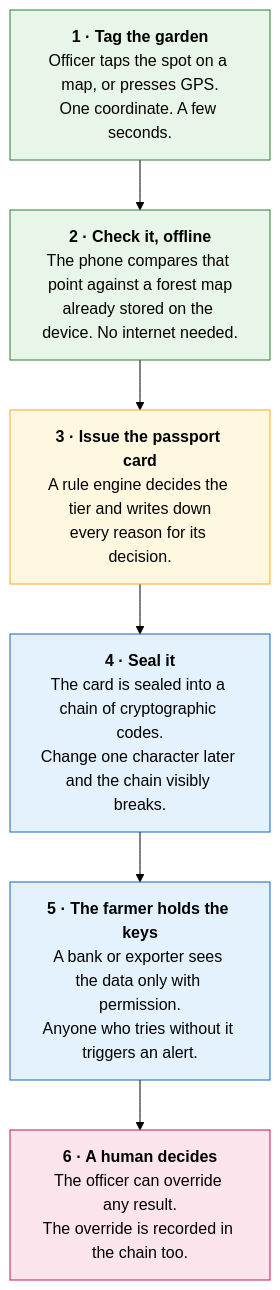
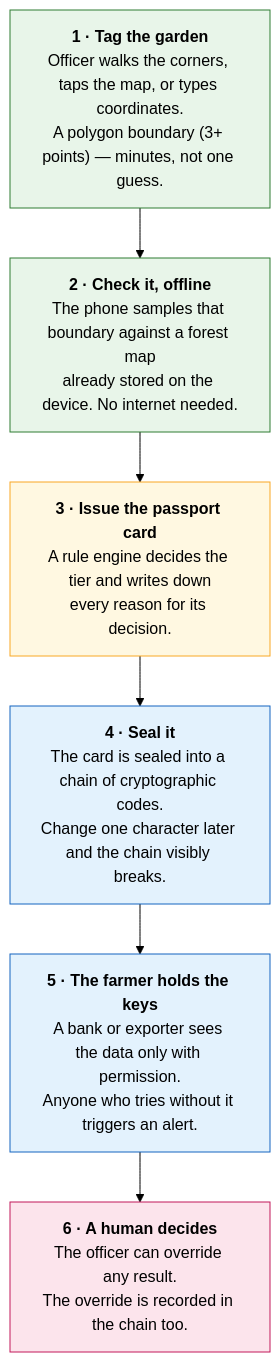
One commit to codezeros18/MALUMALU changed the first of 2 diagrams in README.md. Above: the diagram before and after it, drawn with Mermaid (forest theme). The commit also changed other lines of this file and 5 other files, not shown here.

````diff
--- a/README.md
+++ b/README.md
@@ -32,18 +32,18 @@
 ```mermaid
 flowchart TD
-    A["<b>1 · Tag the garden</b><br/>Officer taps the spot on a map, or presses GPS.<br/>One coordinate. A few seconds."]
-    B["<b>2 · Check it, offline</b><br/>The phone compares that point against a forest map<br/>already stored on the device. No internet needed."]
+    A["<b>1 · Tag the garden</b><br/>Officer walks the corners, taps the map, or types coordinates.<br/>A polygon boundary (3+ points) — minutes, not one guess."]
+    B["<b>2 · Check it, offline</b><br/>The phone samples that boundary against a forest map<br/>already stored on the device. No internet needed."]
     C["<b>3 · Issue the passport card</b><br/>A rule engine decides the tier and writes down<br/>every reason for its decision."]
     D["<b>4 · Seal it</b><br/>The card is sealed into a chain of cryptographic codes.<br/>Change one character later and the chain visibly breaks."]
     E["<b>5 · The farmer holds the keys</b><br/>A bank or exporter sees the data only with permission.<br/>Anyone who tries without it triggers an alert."]
     F["<b>6 · A human decides</b><br/>The officer can override any result.<br/>The override is recorded in the chain too."]
 
     A --> B --> C --> D --> E --> F
 
     style A fill:#e8f5e9,stroke:#2e7d32,color:#000
     style B fill:#e8f5e9,stroke:#2e7d32,color:#000
     style C fill:#fff8e1,stroke:#f9a825,color:#000
     style D fill:#e3f2fd,stroke:#1565c0,color:#000
     style E fill:#e3f2fd,stroke:#1565c0,color:#000
     style F fill:#fce4ec,stroke:#c2185b,color:#000
 ```
````
